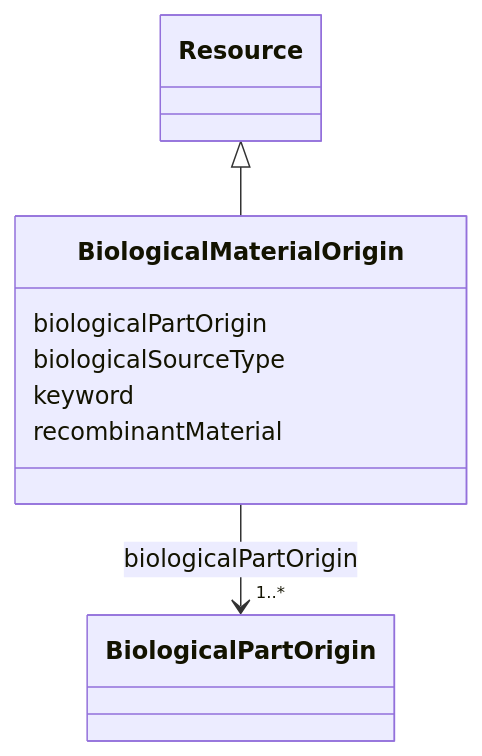
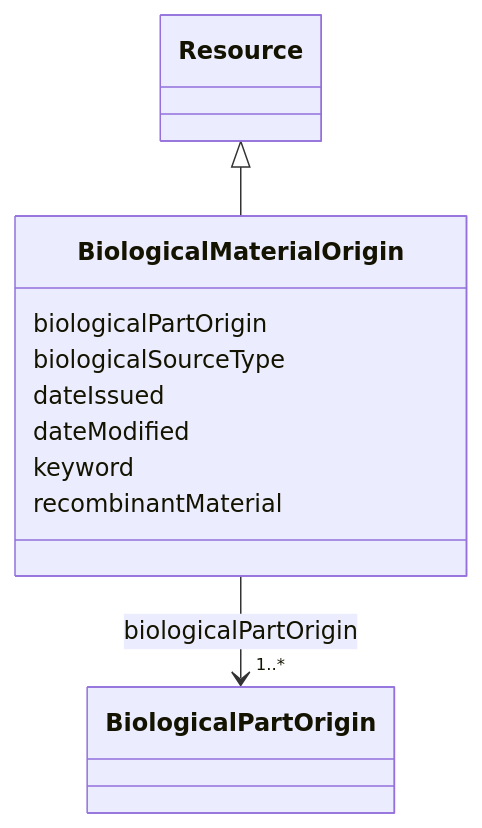
The diagram in models/docs/BiologicalMaterialOrigin.md (EVORA-project/evora-ontology), drawn with Mermaid before and after one commit. The commit also changed other lines of this file and 377 other files, not shown here.

````diff
--- a/models/docs/BiologicalMaterialOrigin.md
+++ b/models/docs/BiologicalMaterialOrigin.md
@@ -19,24 +19,28 @@
 ```mermaid
  classDiagram
     class BiologicalMaterialOrigin
     click BiologicalMaterialOrigin href "../BiologicalMaterialOrigin"
       Resource <|-- BiologicalMaterialOrigin
         click Resource href "../Resource"
       
       BiologicalMaterialOrigin : biologicalPartOrigin
         
           
     
     
     BiologicalMaterialOrigin --> "1..*" BiologicalPartOrigin : biologicalPartOrigin
     click BiologicalPartOrigin href "../BiologicalPartOrigin"
 
         
       BiologicalMaterialOrigin : biologicalSourceType
         
+      BiologicalMaterialOrigin : dateIssued
+        
+      BiologicalMaterialOrigin : dateModified
+        
       BiologicalMaterialOrigin : keyword
         
       BiologicalMaterialOrigin : recombinantMaterial
         
       
 ```
````
